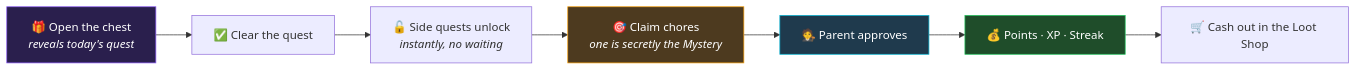
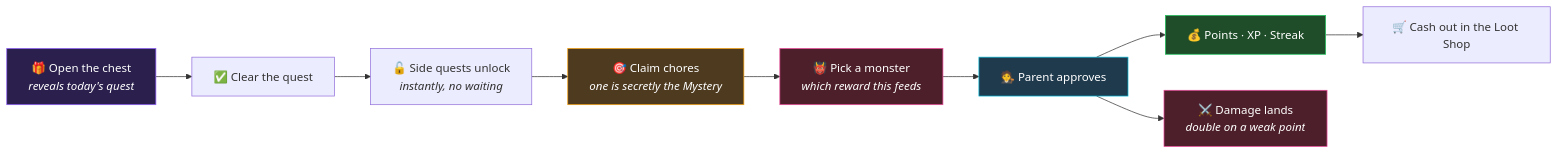
The diagram in README.md (developworkwright/levelup-chores), drawn with Mermaid before and after one commit. The commit also changed other lines of this file and 16 other files, not shown here.

````diff
--- a/README.md
+++ b/README.md
@@ -40,14 +40,18 @@
 ```mermaid
 flowchart LR
     A["🎁 Open the chest<br/><i>reveals today's quest</i>"] --> B["✅ Clear the quest"]
     B --> C["🔓 Side quests unlock<br/><i>instantly, no waiting</i>"]
     C --> D["🎯 Claim chores<br/><i>one is secretly the Mystery</i>"]
-    D --> E["🧑‍⚖️ Parent approves"]
+    D --> M["👹 Pick a monster<br/><i>which reward this feeds</i>"]
+    M --> E["🧑‍⚖️ Parent approves"]
     E --> F["💰 Points · XP · Streak"]
+    E --> H["⚔️ Damage lands<br/><i>double on a weak point</i>"]
     F --> G["🛒 Cash out in the Loot Shop"]
 
     style A fill:#2a1f4d,stroke:#8b5cf6,color:#fff
     style D fill:#4d3a1f,stroke:#f59e0b,color:#fff
+    style M fill:#4d1f2a,stroke:#ec4899,color:#fff
     style E fill:#1f3a4d,stroke:#06b6d4,color:#fff
     style F fill:#1f4d2a,stroke:#22c55e,color:#fff
+    style H fill:#4d1f2a,stroke:#ec4899,color:#fff
 ```
````
